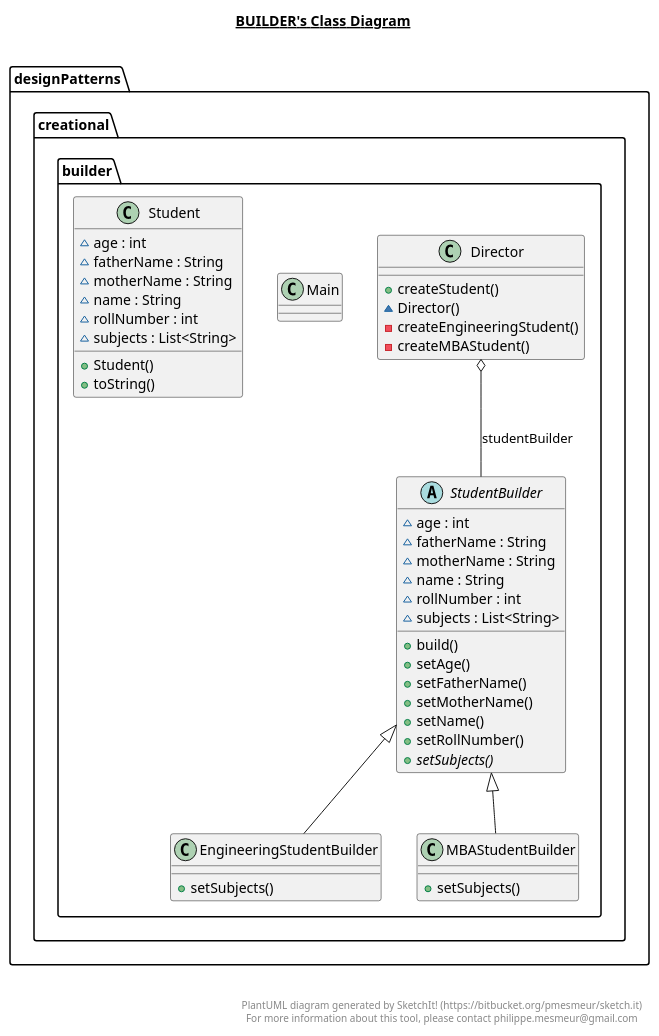
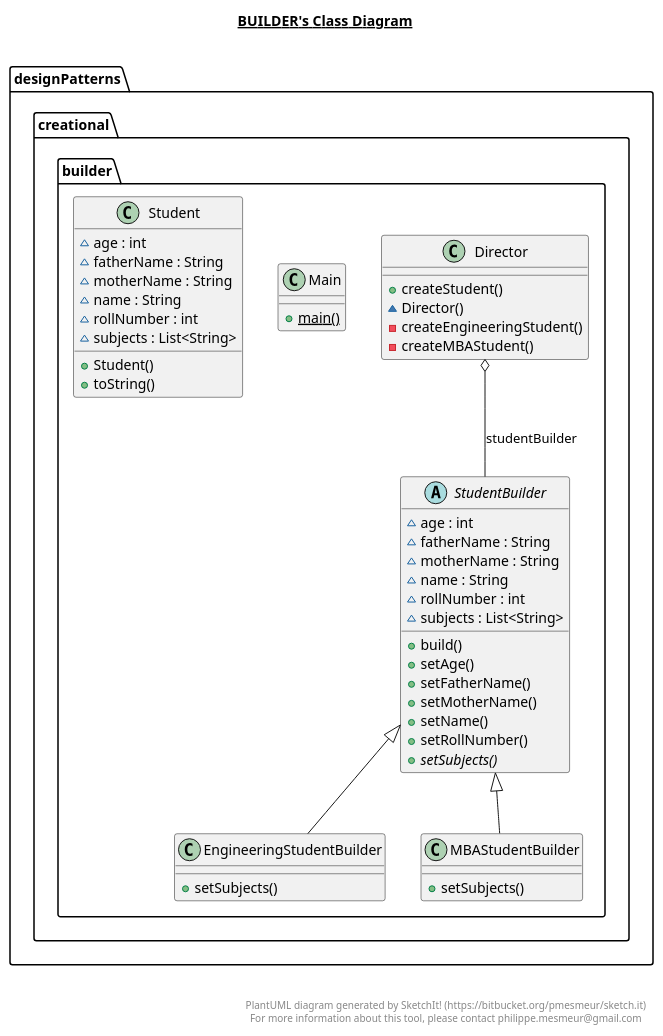
One commit to nik09877/Low-Level-Design changed the diagram in src/main/java/designPatterns/creational/builder/builder.plantuml. Above: the diagram before and after it, drawn with PlantUML. The commit also changed 26 other files, not shown here.

```diff
--- a/src/main/java/designPatterns/creational/builder/builder.plantuml
+++ b/src/main/java/designPatterns/creational/builder/builder.plantuml
@@ -1,80 +1,81 @@
 @startuml
 
 title __BUILDER's Class Diagram__\n
 
   namespace designPatterns.creational.builder {
     class designPatterns.creational.builder.Director {
         + createStudent()
         ~ Director()
         - createEngineeringStudent()
         - createMBAStudent()
     }
   }
   
 
   namespace designPatterns.creational.builder {
     class designPatterns.creational.builder.EngineeringStudentBuilder {
         + setSubjects()
     }
   }
   
 
   namespace designPatterns.creational.builder {
     class designPatterns.creational.builder.MBAStudentBuilder {
         + setSubjects()
     }
   }
   
 
   namespace designPatterns.creational.builder {
     class designPatterns.creational.builder.Main {
+        {static} + main()
     }
   }
   
 
   namespace designPatterns.creational.builder {
     class designPatterns.creational.builder.Student {
         ~ age : int
         ~ fatherName : String
         ~ motherName : String
         ~ name : String
         ~ rollNumber : int
         ~ subjects : List<String>
         + Student()
         + toString()
     }
   }
   
 
   namespace designPatterns.creational.builder {
     abstract class designPatterns.creational.builder.StudentBuilder {
         ~ age : int
         ~ fatherName : String
         ~ motherName : String
         ~ name : String
         ~ rollNumber : int
         ~ subjects : List<String>
         + build()
         + setAge()
         + setFatherName()
         + setMotherName()
         + setName()
         + setRollNumber()
         {abstract} + setSubjects()
     }
   }
   
 
   designPatterns.creational.builder.Director o-- designPatterns.creational.builder.StudentBuilder : studentBuilder
   designPatterns.creational.builder.EngineeringStudentBuilder -up-|> designPatterns.creational.builder.StudentBuilder
   designPatterns.creational.builder.MBAStudentBuilder -up-|> designPatterns.creational.builder.StudentBuilder
 
 
 right footer
 
 
 PlantUML diagram generated by SketchIt! (https://bitbucket.org/pmesmeur/sketch.it)
 For more information about this tool, please contact philippe.mesmeur@gmail.com
 endfooter
 
 @enduml
```
